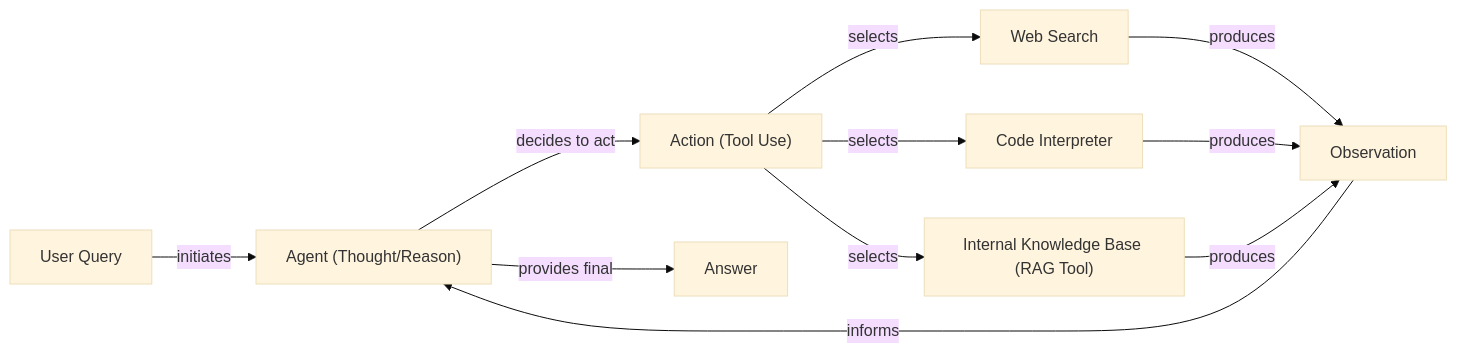
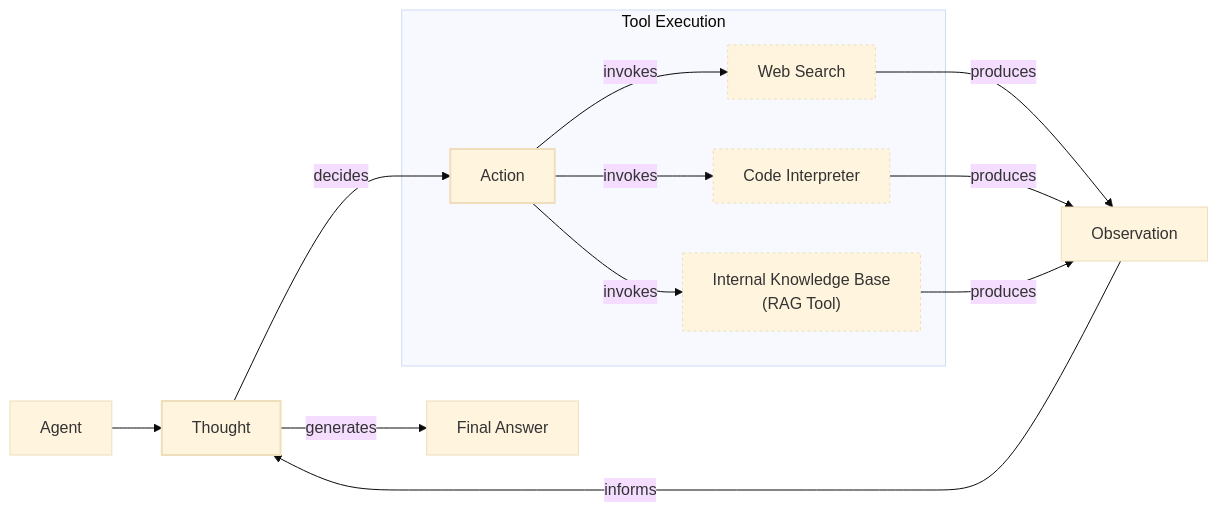
One commit to YMaXing/Research-Agent-reinforced-by-RL changed the fourth of 4 diagrams in RL_researcher_writer_ymaxing/rl_training_data/noise_experiment/09_RAG__var_standard__replicate2__preset1/article_000.md. Above: the diagram before and after it, drawn with Mermaid (base theme). The commit also changed other lines of this file and 4528 other files, not shown here.

````diff
--- a/RL_researcher_writer_ymaxing/rl_training_data/noise_experiment/09_RAG__var_standard__replicate2__preset1/article_000.md
+++ b/RL_researcher_writer_ymaxing/rl_training_data/noise_experiment/09_RAG__var_standard__replicate2__preset1/article_000.md
@@ -170,21 +201,31 @@
 ```mermaid
 flowchart LR
-    A["User Query"] -- "initiates" --> B["Agent (Thought/Reason)"]
+  %% Main Agent Loop
+  Agent["Agent"] --> Thought["Thought"]
 
-    %% Agent's decision paths
-    B -- "decides to act" --> C["Action (Tool Use)"]
-    B -- "provides final" --> D["Answer"]
+  subgraph "Tool Execution"
+    Action["Action"]
+    WebSearch["Web Search"]
+    CodeInterpreter["Code Interpreter"]
+    InternalKB["Internal Knowledge Base<br/>(RAG Tool)"]
+  end
 
-    %% Tool selection from Action
-    C -- "selects" --> E["Web Search"]
-    C -- "selects" --> F["Code Interpreter"]
-    C -- "selects" --> G["Internal Knowledge Base (RAG Tool)"]
+  Thought -- "decides" --> Action
+  Action -- "invokes" --> WebSearch
+  Action -- "invokes" --> CodeInterpreter
+  Action -- "invokes" --> InternalKB
 
-    %% Tool output leads to Observation
-    E -- "produces" --> H["Observation"]
-    F -- "produces" --> H
-    G -- "produces" --> H
+  WebSearch -- "produces" --> Observation["Observation"]
+  CodeInterpreter -- "produces" --> Observation
+  InternalKB -- "produces" --> Observation
 
-    %% Observation loops back to Agent
-    H -- "informs" --> B
+  Observation -- "informs" --> Thought
+
+  Thought -- "generates" --> FinalAnswer["Final Answer"]
+
+  %% Visual grouping
+  classDef process stroke-width:2px
+  classDef tool stroke-dasharray:3,3
+  class Thought,Action process
+  class WebSearch,CodeInterpreter,InternalKB tool
 ```
````
